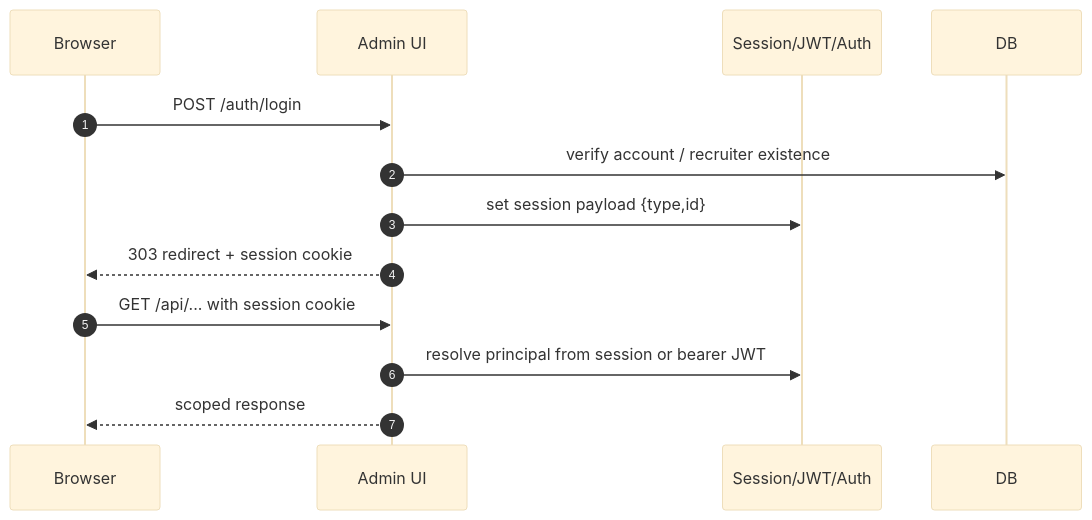
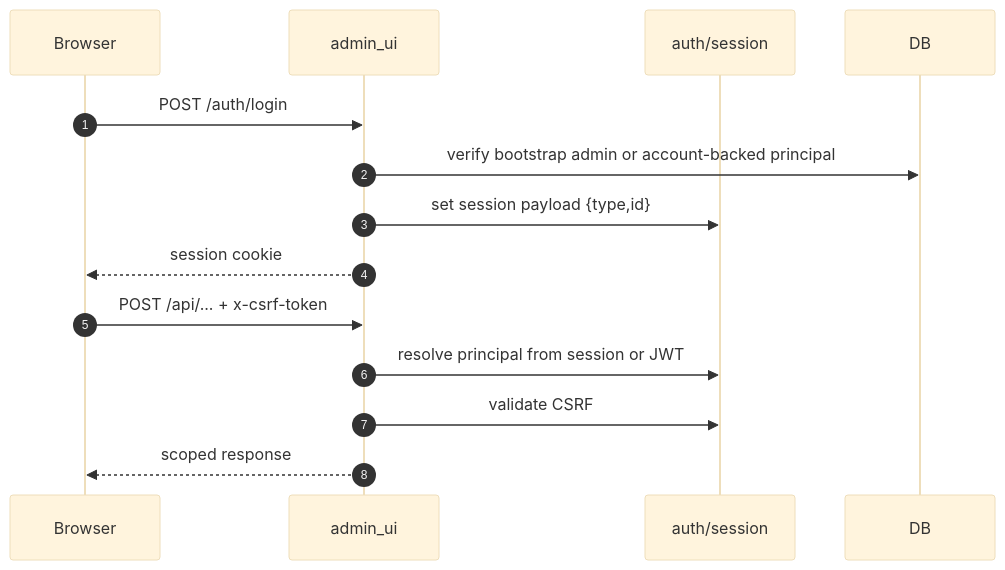
One commit to padka/HR changed the first of 3 diagrams in docs/security/auth-and-token-model.md. Above: the diagram before and after it, drawn with Mermaid (base theme). The commit also changed other lines of this file and 234 other files, not shown here.

````diff
--- a/docs/security/auth-and-token-model.md
+++ b/docs/security/auth-and-token-model.md
@@ -60,17 +38,18 @@
 ```mermaid
 sequenceDiagram
   autonumber
   participant B as Browser
-  participant A as Admin UI
-  participant S as Session/JWT/Auth
+  participant A as admin_ui
+  participant S as auth/session
   participant D as DB
 
   B->>A: POST /auth/login
-  A->>D: verify account / recruiter existence
+  A->>D: verify bootstrap admin or account-backed principal
   A->>S: set session payload {type,id}
-  A-->>B: 303 redirect + session cookie
+  A-->>B: session cookie
 
-  B->>A: GET /api/... with session cookie
-  A->>S: resolve principal from session or bearer JWT
+  B->>A: POST /api/... + x-csrf-token
+  A->>S: resolve principal from session or JWT
+  A->>S: validate CSRF
   A-->>B: scoped response
 ```
````
